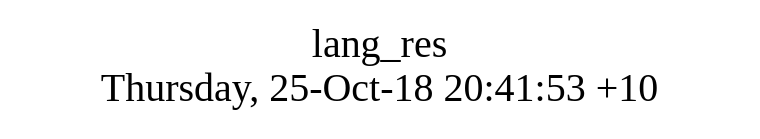
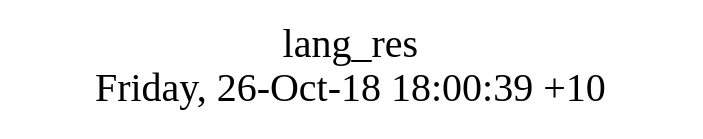
Before and after one commit to AplaProject/apps: the diagram in src/lang_res/struct.dot, drawn with Graphviz. The commit also changed 23 other files, not shown here.

```diff
--- a/src/lang_res/struct.dot
+++ b/src/lang_res/struct.dot
@@ -1,8 +1,8 @@
 digraph G {
 fontsize="24";
-label="lang_res\nThursday, 25-Oct-18 20:41:53 +10";
+label="lang_res\nFriday, 26-Oct-18 18:00:39 +10";
 nojustify=true;
 ordering=out;
 rankdir=LR;
 size="30";
 }
```
